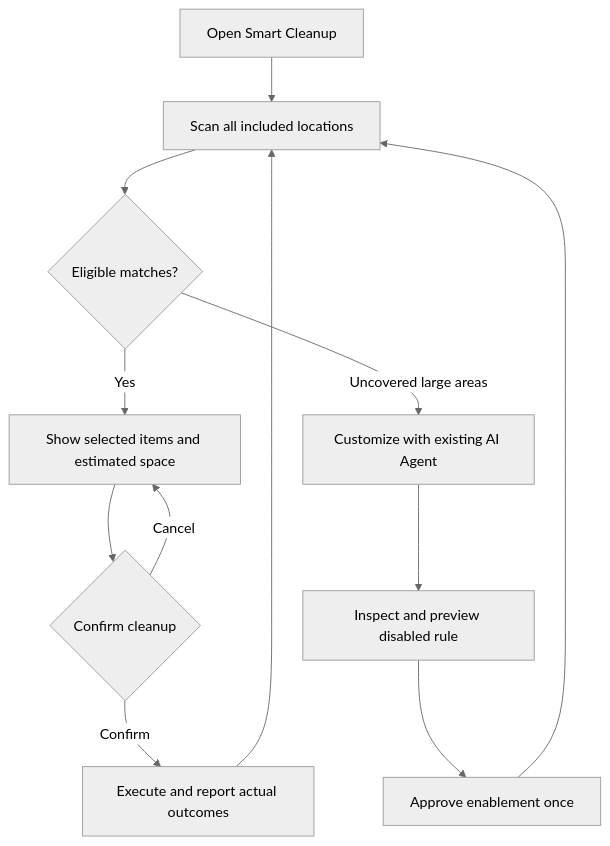
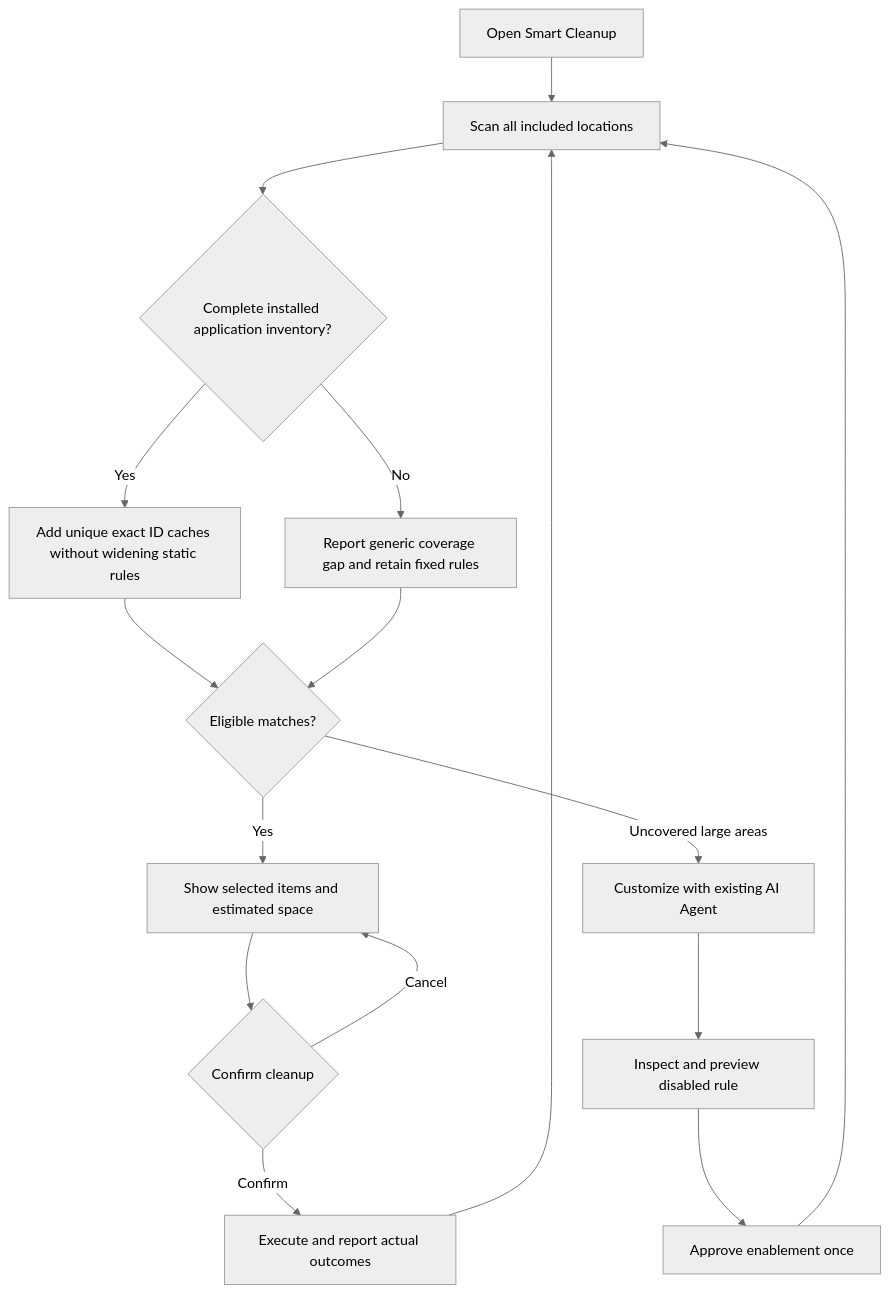
The second of 3 diagrams in docs/product/unified-cleanup.md (limecloud/shou), drawn with Mermaid (neutral theme) before and after one commit. The commit also changed other lines of this file and 18 other files, not shown here.

````diff
--- a/docs/product/unified-cleanup.md
+++ b/docs/product/unified-cleanup.md
@@ -53,14 +63,19 @@
 ```mermaid
 flowchart TD
   Open[Open Smart Cleanup] --> Scan[Scan all included locations]
-  Scan --> Found{Eligible matches?}
+  Scan --> Ownership{Complete installed application inventory?}
+  Ownership -->|Yes| Exact[Add unique exact ID caches without widening static rules]
+  Ownership -->|No| Gap[Report generic coverage gap and retain fixed rules]
+  Exact --> Found
+  Gap --> Found
+  Found{Eligible matches?}
   Found -->|Yes| Review[Show selected items and estimated space]
   Review --> Confirm{Confirm cleanup}
   Confirm -->|Confirm| Run[Execute and report actual outcomes]
   Confirm -->|Cancel| Review
   Found -->|Uncovered large areas| Agent[Customize with existing AI Agent]
   Agent --> Draft[Inspect and preview disabled rule]
   Draft --> Enable[Approve enablement once]
   Enable --> Scan
   Run --> Scan
 ```
````
